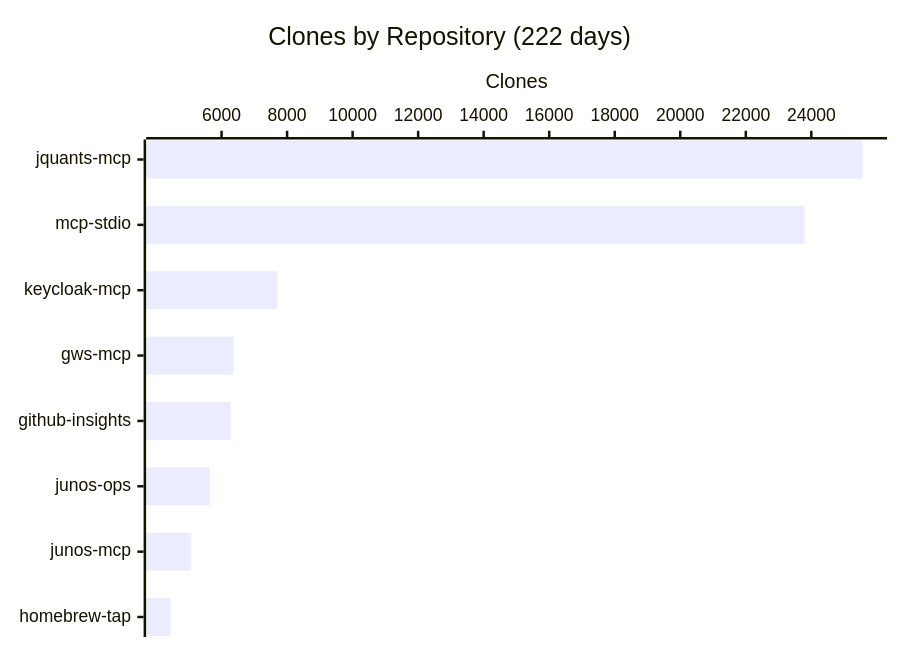
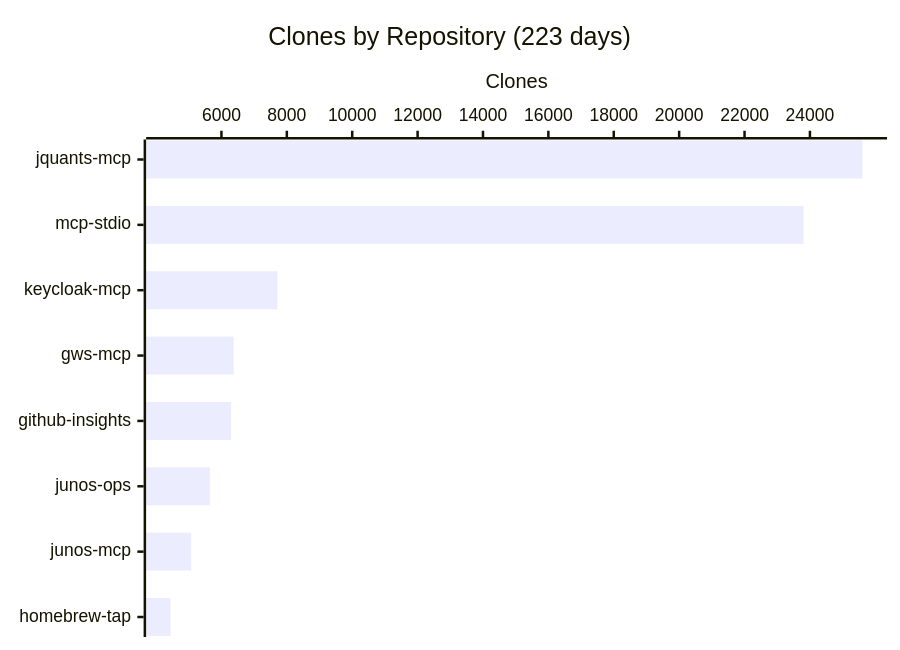
One commit to shigechika/github-insights changed the fourth of 4 diagrams in README.md. Above: the diagram before and after it, drawn with Mermaid. The commit also changed other lines of this file and 1 other file, not shown here.

````diff
--- a/README.md
+++ b/README.md
@@ -58,7 +58,7 @@
 ```mermaid
 xychart-beta horizontal
-    title "Clones by Repository (222 days)"
+    title "Clones by Repository (223 days)"
     x-axis ["jquants-mcp", "mcp-stdio", "keycloak-mcp", "gws-mcp", "github-insights", "junos-ops", "junos-mcp", "homebrew-tap"]
     y-axis "Clones"
-    bar [25563, 23796, 7705, 6368, 6280, 5643, 5074, 4444]
+    bar [25609, 23806, 7712, 6375, 6297, 5644, 5077, 4444]
 ```
````
